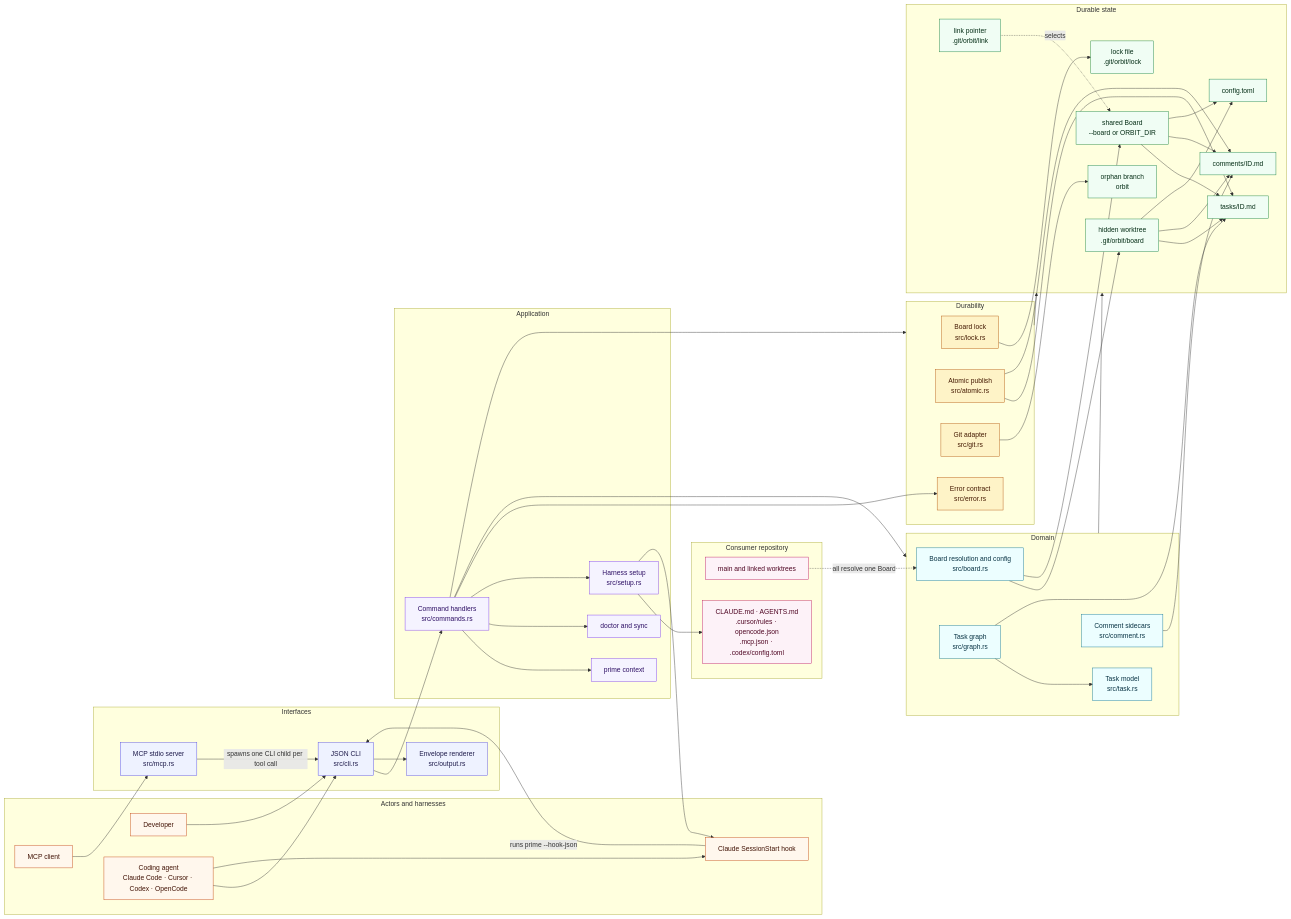
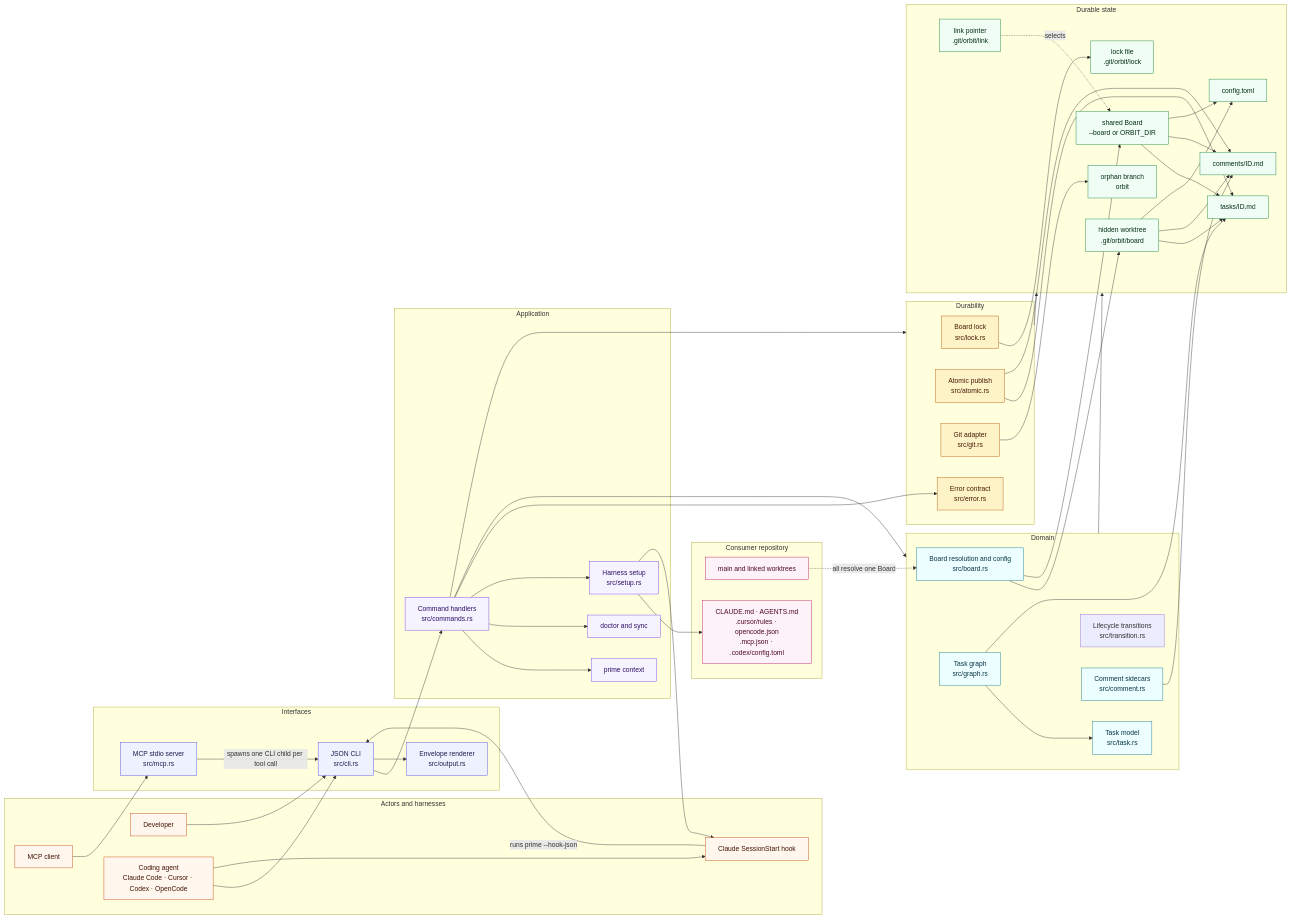
One commit to rcmendes/orbit changed the first of 11 diagrams in docs/ARCHITECTURE.md. Above: the diagram before and after it, drawn with Mermaid. The commit also changed other lines of this file and 5 other files, not shown here.

```diff
--- a/docs/ARCHITECTURE.md
+++ b/docs/ARCHITECTURE.md
@@ -34,6 +34,7 @@
         BOARD["Board resolution and config<br/>src/board.rs"]
         GRAPH["Task graph<br/>src/graph.rs"]
         MODEL["Task model<br/>src/task.rs"]
+        TRANSITIONS["Lifecycle transitions<br/>src/transition.rs"]
         COMMENTS["Comment sidecars<br/>src/comment.rs"]
     end
 
```
